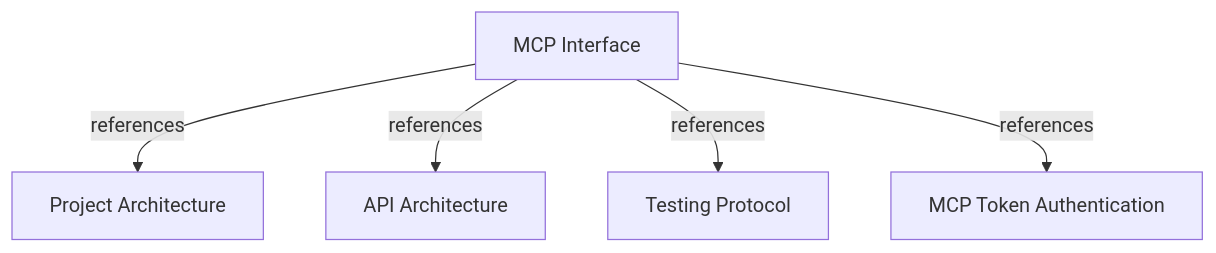
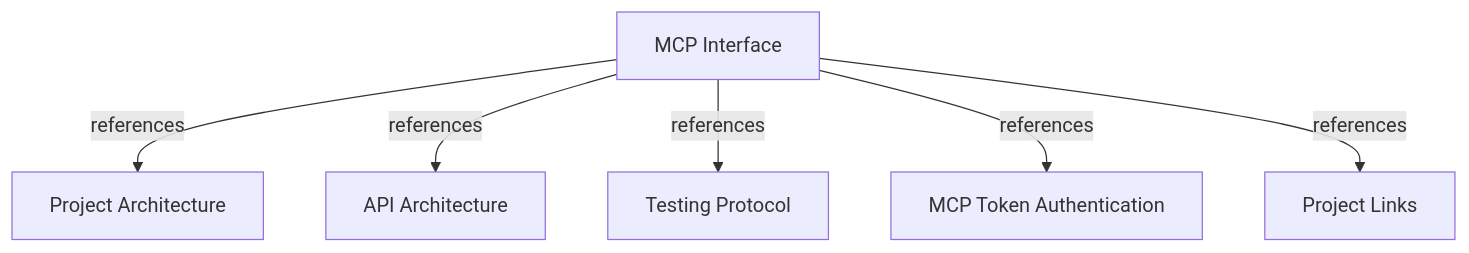
Before and after one commit to romabeckman/harness-memory: the diagram in docs/adr/MCP.md, drawn with Mermaid. The commit also changed other lines of this file and 194 other files, not shown here.

First line of the commit message:
feat(project-links): add cross-project links across api, mcp, and web

````diff
--- a/docs/adr/MCP.md
+++ b/docs/adr/MCP.md
@@ -124,9 +126,11 @@
 ```mermaid
 graph TD
     MCP["MCP Interface"] -->|references| ARCH["Project Architecture"]
     MCP -->|references| API["API Architecture"]
     MCP -->|references| TESTS["Testing Protocol"]
     MCP -->|references| AUTH["MCP Token Authentication"]
+    MCP -->|references| LINKS["Project Links"]
     click API "./API.md"
     click AUTH "../feature/mcp/token-authentication.md"
+    click LINKS "../feature/project-links.md"
 ```
````
